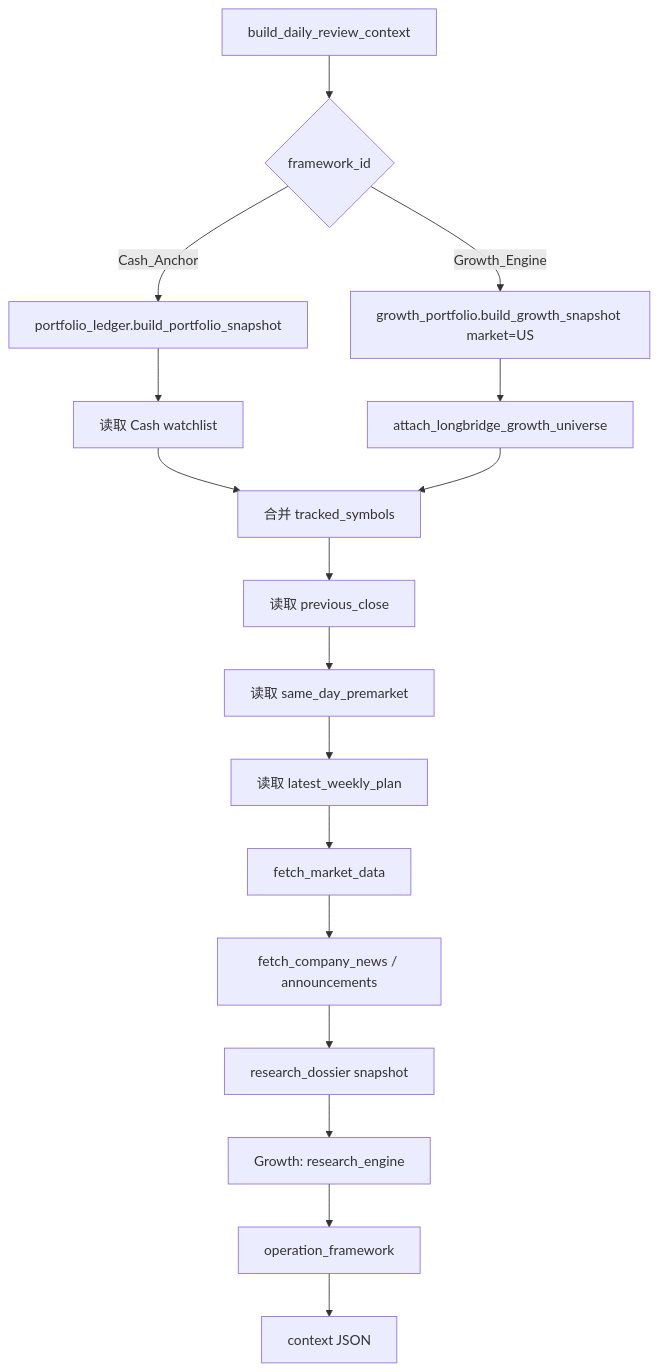
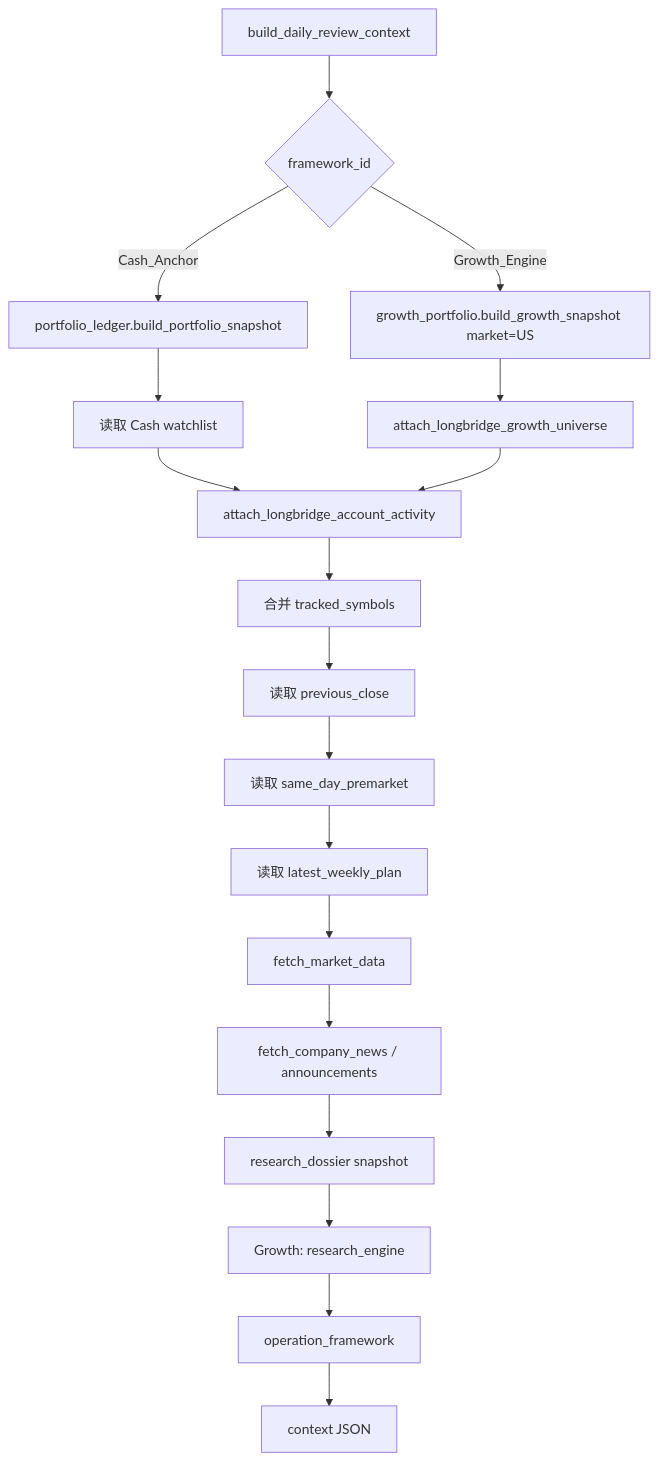
The ninth of 13 diagrams in docs/技术架构文档.md (dyccodehome/private-investment-butler), drawn with Mermaid before and after one commit. The commit also changed other lines of this file and 5 other files, not shown here.

Commit message:
Attach Longbridge account activity to scheduled reviews

````diff
--- a/docs/技术架构文档.md
+++ b/docs/技术架构文档.md
@@ -469,19 +469,20 @@
 ```mermaid
 flowchart TD
   A["build_daily_review_context"] --> B{"framework_id"}
   B -- "Cash_Anchor" --> C["portfolio_ledger.build_portfolio_snapshot"]
   B -- "Growth_Engine" --> D["growth_portfolio.build_growth_snapshot market=US"]
   C --> E["读取 Cash watchlist"]
   D --> F["attach_longbridge_growth_universe"]
-  E --> G["合并 tracked_symbols"]
-  F --> G
+  E --> GA["attach_longbridge_account_activity"]
+  F --> GA
+  GA --> G["合并 tracked_symbols"]
   G --> H["读取 previous_close"]
   H --> I["读取 same_day_premarket"]
   I --> J["读取 latest_weekly_plan"]
   J --> K["fetch_market_data"]
   K --> L["fetch_company_news / announcements"]
   L --> M["research_dossier snapshot"]
   M --> N["Growth: research_engine"]
   N --> O["operation_framework"]
   O --> P["context JSON"]
 ```
````
